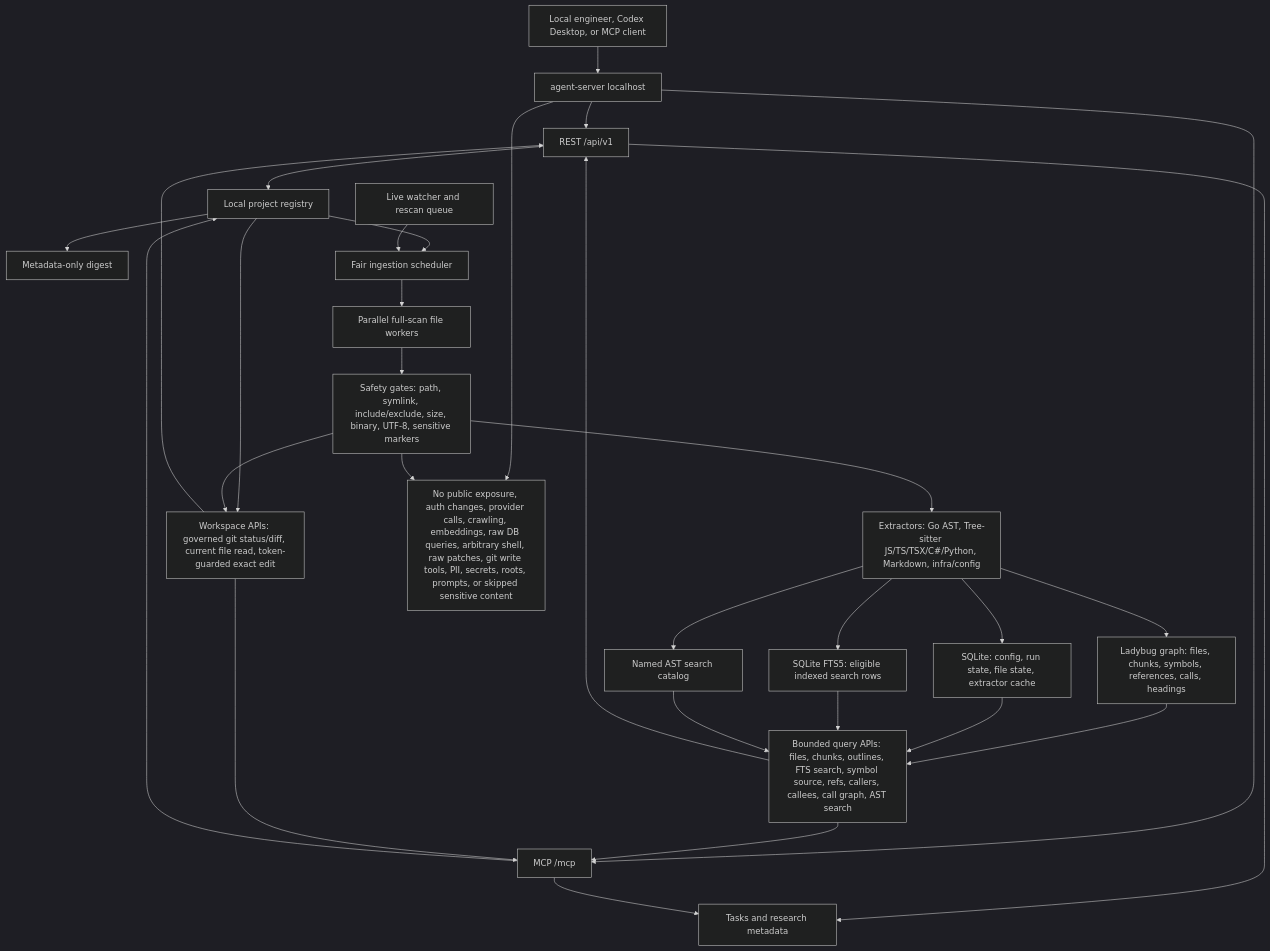
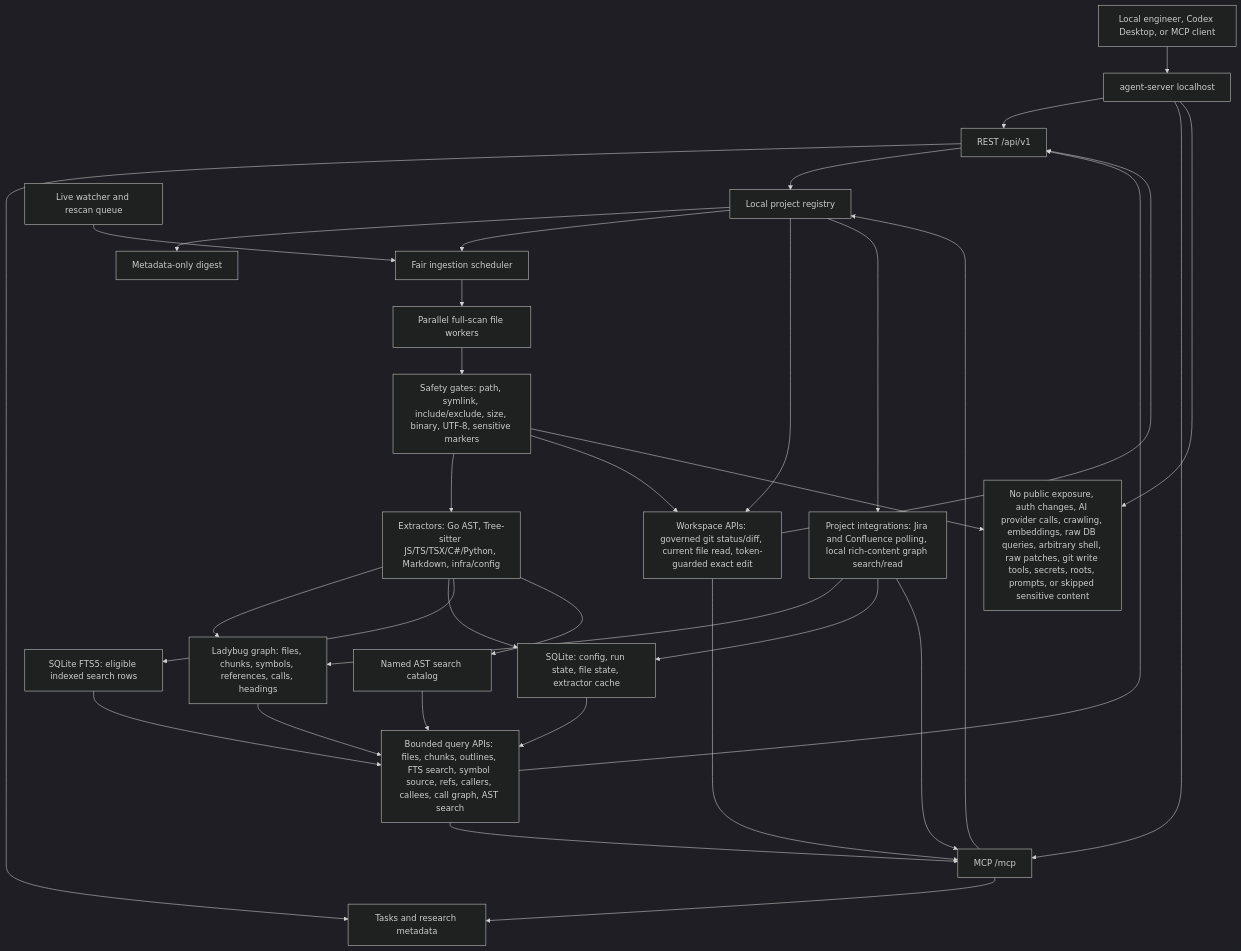
Before and after one commit to MiviaLabs/go-mivia: the first of 4 diagrams in README.md, drawn with Mermaid (dark theme). The commit also changed other lines of this file and 8 other files, not shown here.

Commit message:
docs(integration): document integration mcp tools

````diff
--- a/README.md
+++ b/README.md
@@ -15,52 +15,57 @@
 ```mermaid
 flowchart TB
   Client["Local engineer, Codex Desktop, or MCP client"]
   Server["agent-server localhost"]
   REST["REST /api/v1"]
   MCP["MCP /mcp"]
   Tasks["Tasks and research metadata"]
   Registry["Local project registry"]
   Digest["Metadata-only digest"]
   Scheduler["Fair ingestion scheduler"]
   Live["Live watcher and rescan queue"]
   Workers["Parallel full-scan file workers"]
   Safety["Safety gates: path, symlink, include/exclude, size, binary, UTF-8, sensitive markers"]
   Extractors["Extractors: Go AST, Tree-sitter JS/TS/TSX/C#/Python, Markdown, infra/config"]
   Graph["Ladybug graph: files, chunks, symbols, references, calls, headings"]
   SQLite["SQLite: config, run state, file state, extractor cache"]
   FTS["SQLite FTS5: eligible indexed search rows"]
   AST["Named AST search catalog"]
   Queries["Bounded query APIs: files, chunks, outlines, FTS search, symbol source, refs, callers, callees, call graph, AST search"]
   Workspace["Workspace APIs: governed git status/diff, current file read, token-guarded exact edit"]
-  Boundaries["No public exposure, auth changes, provider calls, crawling, embeddings, raw DB queries, arbitrary shell, raw patches, git write tools, PII, secrets, roots, prompts, or skipped sensitive content"]
+  Integrations["Project integrations: Jira and Confluence polling, local rich-content graph search/read"]
+  Boundaries["No public exposure, auth changes, AI provider calls, crawling, embeddings, raw DB queries, arbitrary shell, raw patches, git write tools, secrets, roots, prompts, or skipped sensitive content"]
 
   Client --> Server
   Server --> REST
   Server --> MCP
   REST --> Tasks
   MCP --> Tasks
   REST --> Registry
   MCP --> Registry
   Registry --> Digest
   Registry --> Scheduler
   Live --> Scheduler
   Scheduler --> Workers
   Workers --> Safety
   Safety --> Extractors
   Extractors --> Graph
   Extractors --> SQLite
   Extractors --> FTS
   Extractors --> AST
   Graph --> Queries
   SQLite --> Queries
   FTS --> Queries
   AST --> Queries
   Registry --> Workspace
   Safety --> Workspace
   Queries --> REST
   Queries --> MCP
   Workspace --> REST
   Workspace --> MCP
+  Registry --> Integrations
+  Integrations --> Graph
+  Integrations --> SQLite
+  Integrations --> MCP
   Server --> Boundaries
   Safety --> Boundaries
 ```
````
